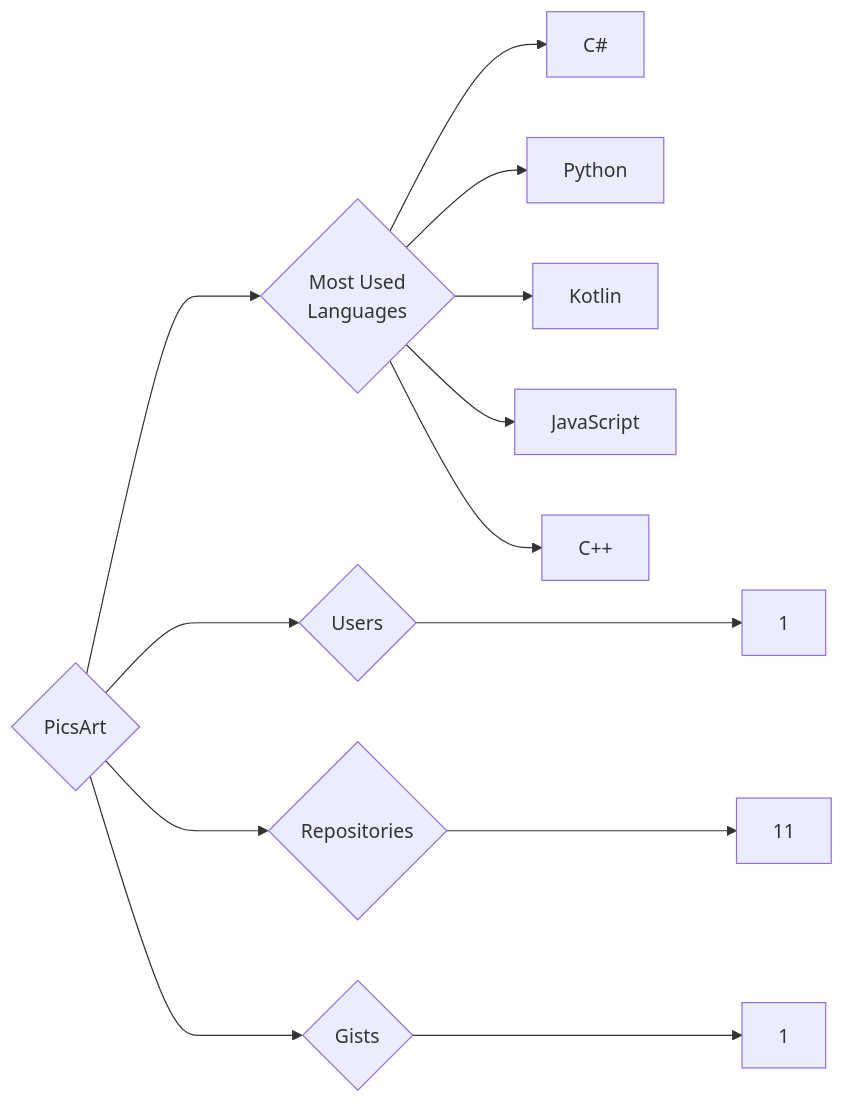
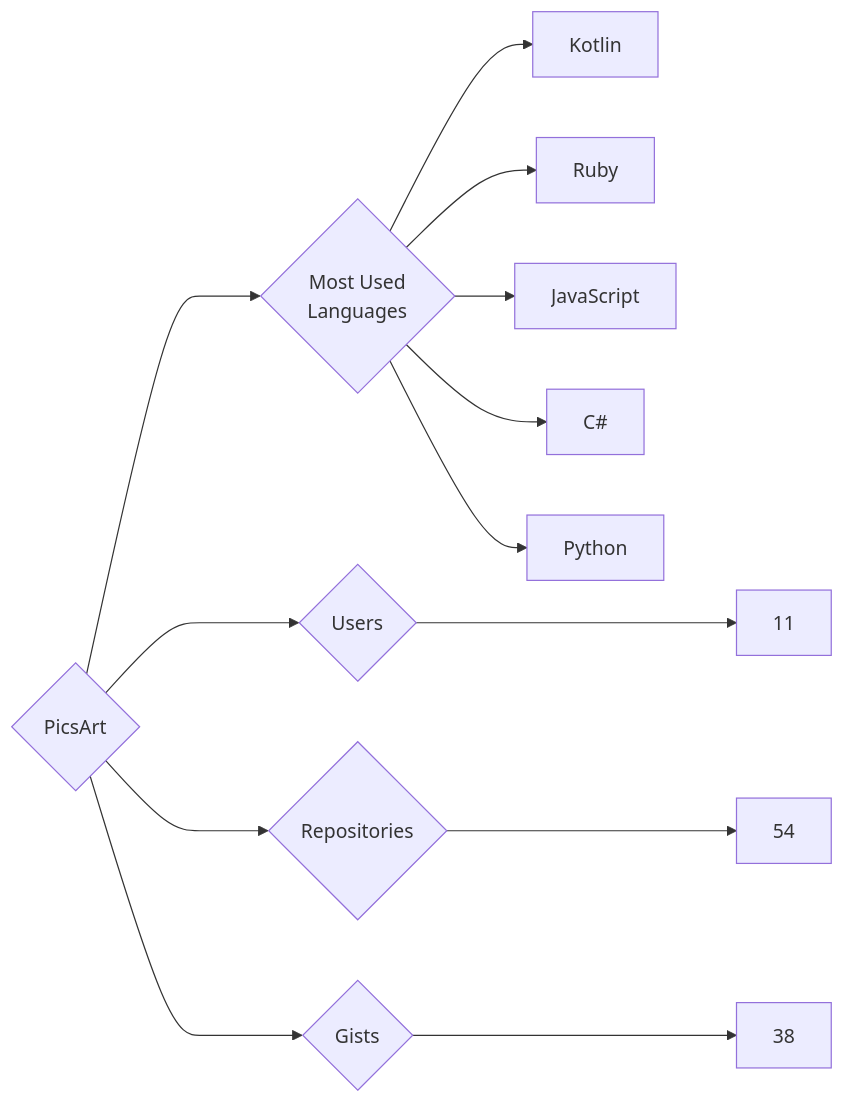
Before and after one commit to trickest/insiders: the diagram in targets/PicsArt/README.md, drawn with Mermaid. The commit also changed 1696 other files, not shown here.

````diff
--- a/targets/PicsArt/README.md
+++ b/targets/PicsArt/README.md
@@ -3,13 +3,13 @@
 ```mermaid
 graph LR
 COMPANY_NAME{PicsArt}
-COMPANY_NAME ---> U{Users} ---> UN[1]
-COMPANY_NAME ---> R{Repositories} ---> RN[11]
-COMPANY_NAME ---> G{Gists} ---> GN[1]
+COMPANY_NAME ---> U{Users} ---> UN[11]
+COMPANY_NAME ---> R{Repositories} ---> RN[54]
+COMPANY_NAME ---> G{Gists} ---> GN[38]
 COMPANY_NAME ---> ML{Most Used<br>Languages}
+ML --> Kotlin[Kotlin]
+ML --> Ruby[Ruby]
+ML --> JavaScript[JavaScript]
 ML --> C#[C#]
 ML --> Python[Python]
-ML --> Kotlin[Kotlin]
-ML --> JavaScript[JavaScript]
-ML --> C++[C++]
 ```
````
